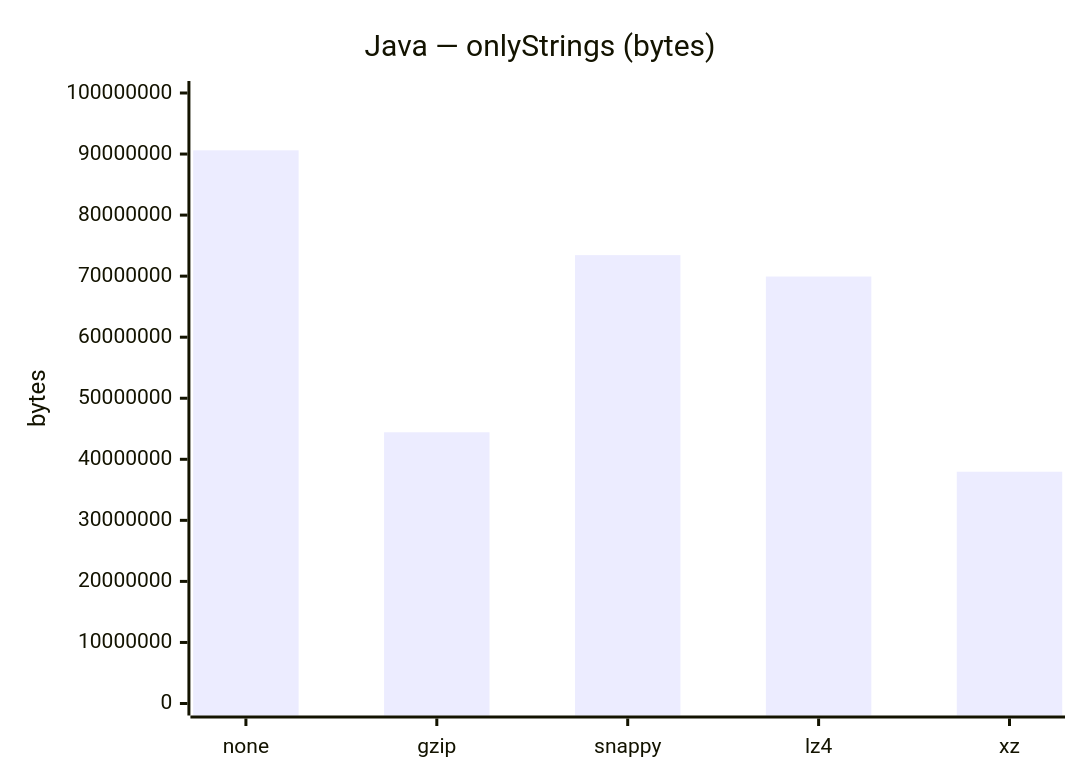
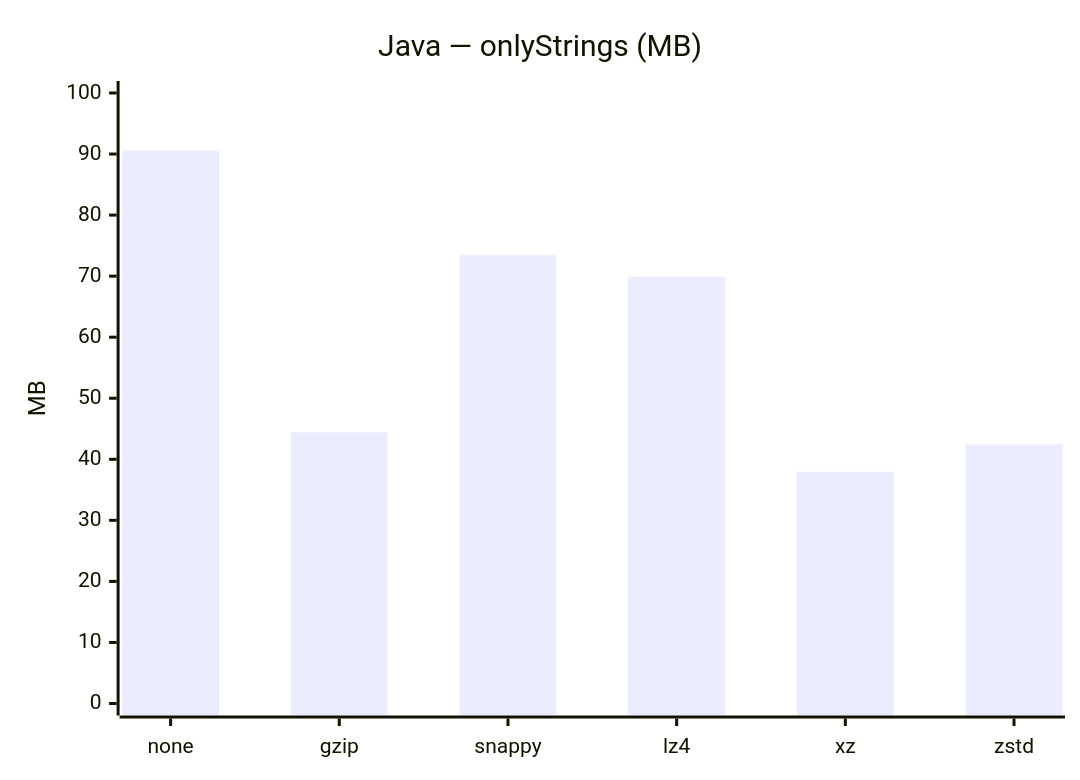
One commit to nryanov/SerializationBenchmark changed the third of 33 diagrams in results/2026/file-sizes.md. Above: the diagram before and after it, drawn with Mermaid. The commit also changed other lines of this file, not shown here.

Commit message:
doc: update file size charts

````diff
--- a/results/2026/file-sizes.md
+++ b/results/2026/file-sizes.md
@@ -38,8 +38,8 @@
 ```mermaid
-%%{init: {"config": {"xyChart": {"width": 525, "height": 360}}}}%%
+%%{init: {"config": {"xyChart": {"width": 610, "height": 360}}}}%%
 xychart-beta
-    title "Java — onlyStrings (bytes)"
-    x-axis ["none", "gzip", "snappy", "lz4", "xz"]
-    y-axis "bytes" 0 --> 100000000
-    bar [90606625, 44426569, 73441510, 69936284, 37960440]
+    title "Java — onlyStrings (MB)"
+    x-axis ["none", "gzip", "snappy", "lz4", "xz", "zstd"]
+    y-axis "MB" 0 --> 100
+    bar [90.61, 44.43, 73.44, 69.94, 37.96, 42.44]
 ```
````
